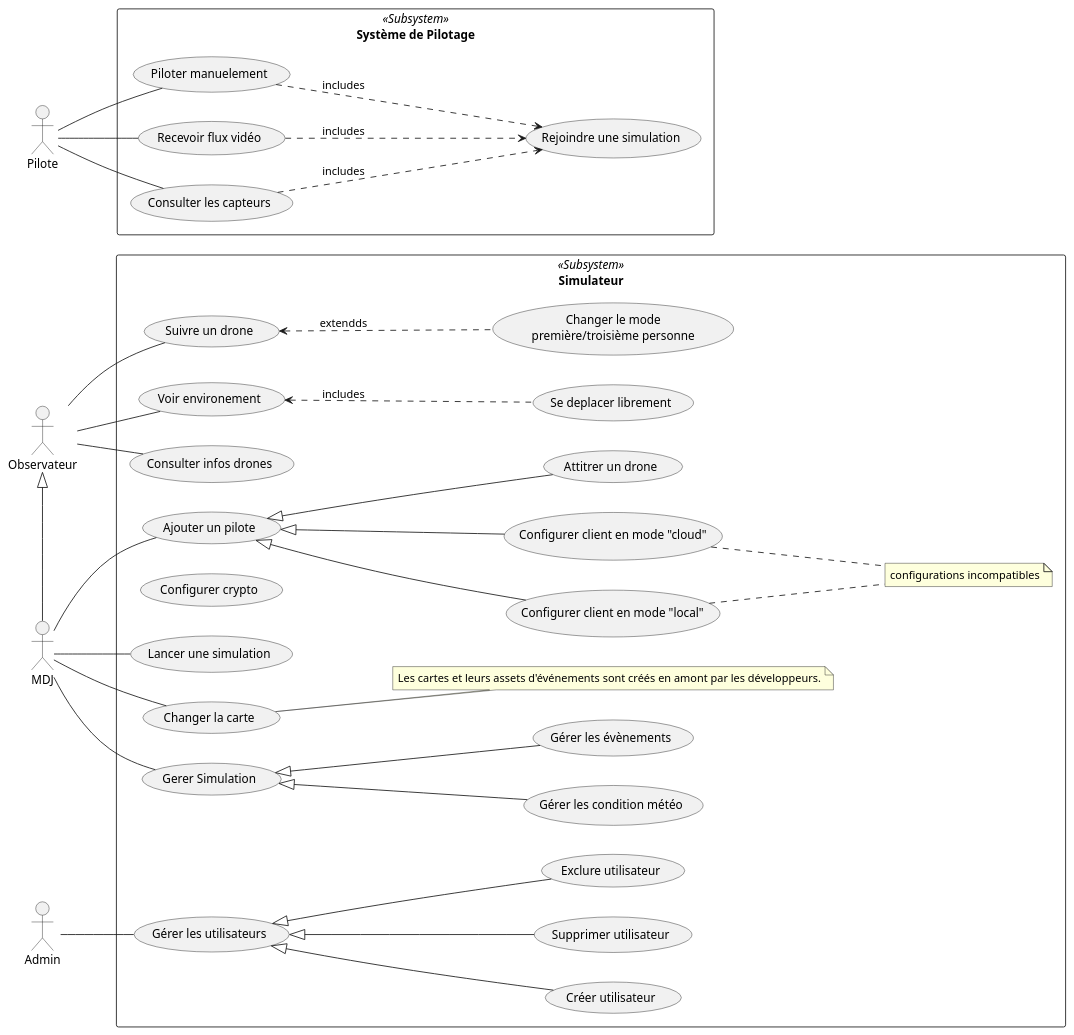
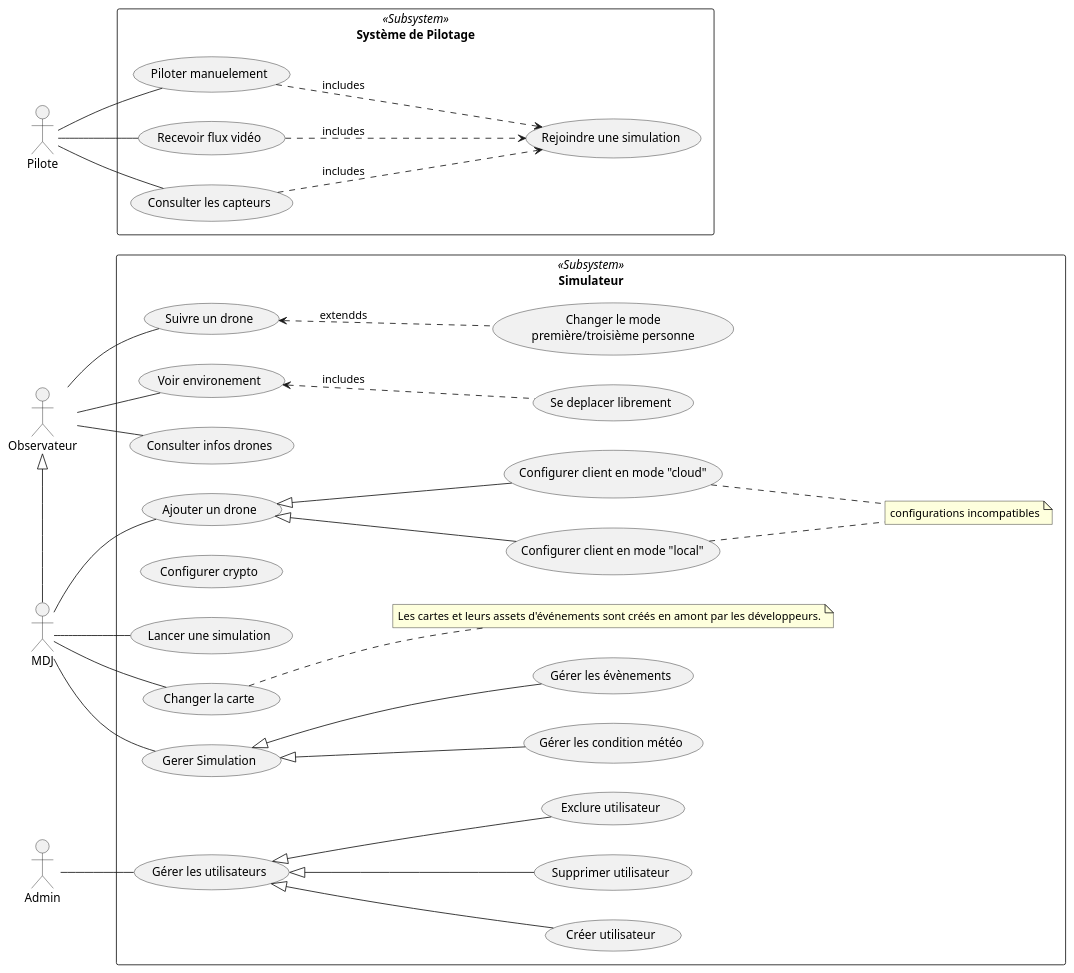
Before and after one commit to tombartos/SAE-DRONE: the diagram in doc/simulateur_uc.puml, drawn with PlantUML.

Commit message:
rename d'un uc

```diff
--- a/doc/simulateur_uc.puml
+++ b/doc/simulateur_uc.puml
@@ -1,64 +1,62 @@
 @startuml
 
 left to right direction
 
 actor Observateur
 actor MDJ
 actor Pilote
 actor Admin
 'actor Admin
 
 rectangle "Système de Pilotage" <<Subsystem>> as SysPilot {
     Pilote -- (Piloter manuelement)
     Pilote -- (Recevoir flux vidéo)
     Pilote -- (Consulter les capteurs)
 
     (Recevoir flux vidéo) ..> (Rejoindre une simulation) : includes
     (Piloter manuelement) ..> (Rejoindre une simulation) : includes
     (Consulter les capteurs) ..> (Rejoindre une simulation) : includes
 }
 
 MDJ -left-|> Observateur
 
 rectangle Simulateur <<Subsystem>> {
 
     usecase (Suivre un drone) as follow_drone
 
     follow_drone <.down. (Changer le mode\npremière/troisième personne) : extendds
     (Voir environement) <.. (Se deplacer librement) : includes
 
     Observateur -- (Voir environement)
     Observateur -- follow_drone
     Observateur -- (Consulter infos drones)
 
-    usecase (Ajouter un pilote) as cfg_drone
+    usecase (Ajouter un drone) as cfg_drone
     usecase (Configurer crypto) as cfg_crypt
     usecase (Configurer client en mode "local") as cfg_ardu_ss
     usecase (Configurer client en mode "cloud") as cfg_ardu_cs
-    usecase (Attitrer un drone) as cfg_attrib_drone
     usecase (Lancer une simulation) as cfg_sim
     note "configurations incompatibles" as mutex1
     note "Les cartes et leurs assets d'événements sont créés en amont par les développeurs." as note1
 
     cfg_drone <|-- cfg_ardu_ss
     cfg_drone <|-- cfg_ardu_cs
     cfg_ardu_ss .. mutex1
     cfg_ardu_cs .. mutex1
-    cfg_drone <|--  cfg_attrib_drone
 
     MDJ -- (Changer la carte)
     (Changer la carte) .. note1
     MDJ -- (Gerer Simulation)
     (Gerer Simulation) <|-- (Gérer les condition météo)
     (Gerer Simulation) <|-- (Gérer les évènements)
     MDJ -- cfg_drone
     MDJ -- cfg_sim
 
     Admin -- (Gérer les utilisateurs)
     (Gérer les utilisateurs) <|-- (Créer utilisateur)
     (Gérer les utilisateurs) <|-- (Supprimer utilisateur)
     (Gérer les utilisateurs) <|-- (Exclure utilisateur)
 
 }
 
 @enduml
```
